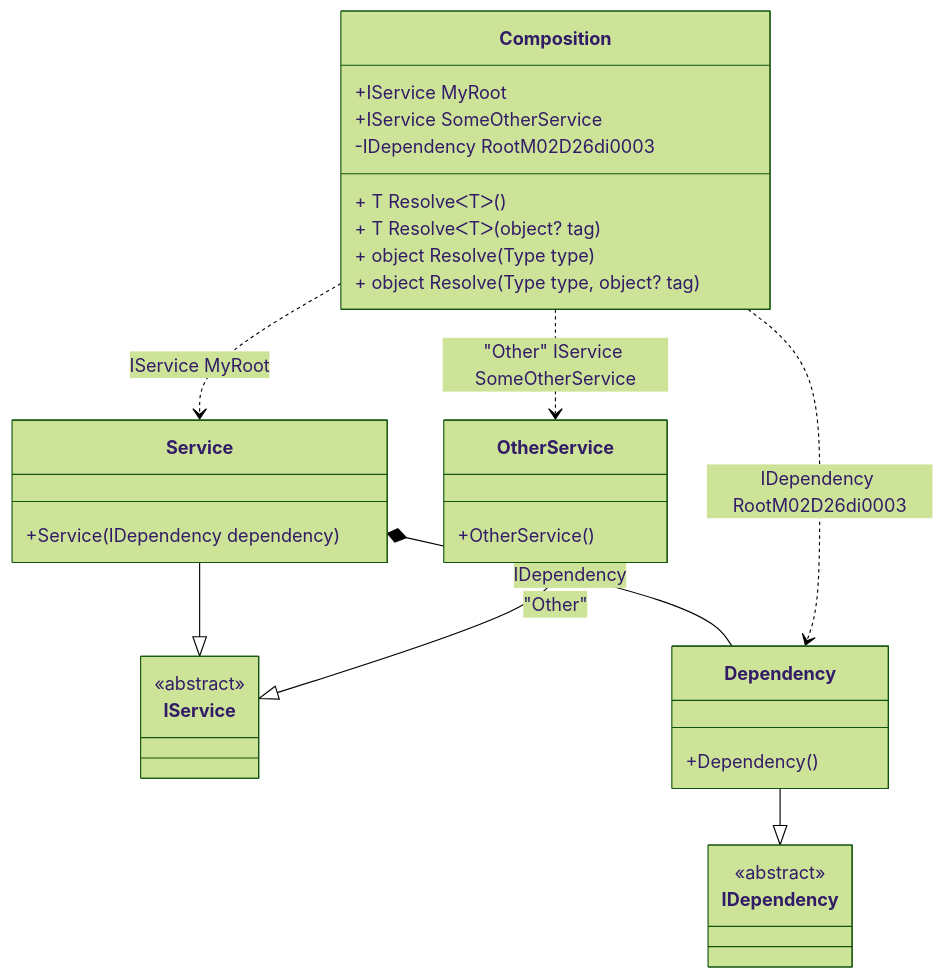
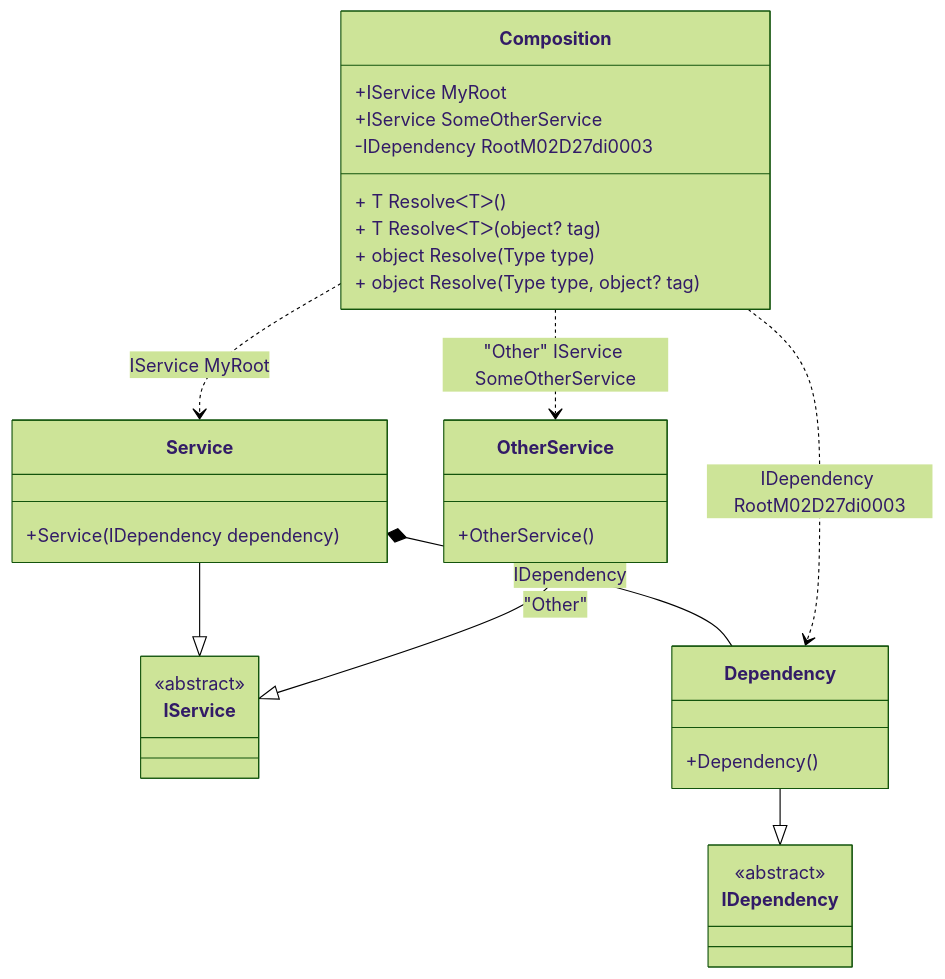
The diagram in readme/composition-roots.md (DevTeam/Pure.DI), drawn with Mermaid (forest theme) before and after one commit. The commit also changed other lines of this file and 73 other files, not shown here.

````diff
--- a/readme/composition-roots.md
+++ b/readme/composition-roots.md
@@ -66,34 +66,34 @@
 ```mermaid
 classDiagram
   class Composition {
     +IService MyRoot
     +IService SomeOtherService
-    -IDependency RootM02D26di0003
+    -IDependency RootM02D27di0003
     + T ResolveᐸTᐳ()
     + T ResolveᐸTᐳ(object? tag)
     + object Resolve(Type type)
     + object Resolve(Type type, object? tag)
   }
   Service --|> IService : 
   class Service {
     +Service(IDependency dependency)
   }
   OtherService --|> IService : "Other" 
   class OtherService {
     +OtherService()
   }
   Dependency --|> IDependency : 
   class Dependency {
     +Dependency()
   }
   class IService {
     <<abstract>>
   }
   class IDependency {
     <<abstract>>
   }
   Service *--  Dependency : IDependency
   Composition ..> Service : IService MyRoot
   Composition ..> OtherService : "Other" IService SomeOtherService
-  Composition ..> Dependency : IDependency RootM02D26di0003
+  Composition ..> Dependency : IDependency RootM02D27di0003
 ```
````
